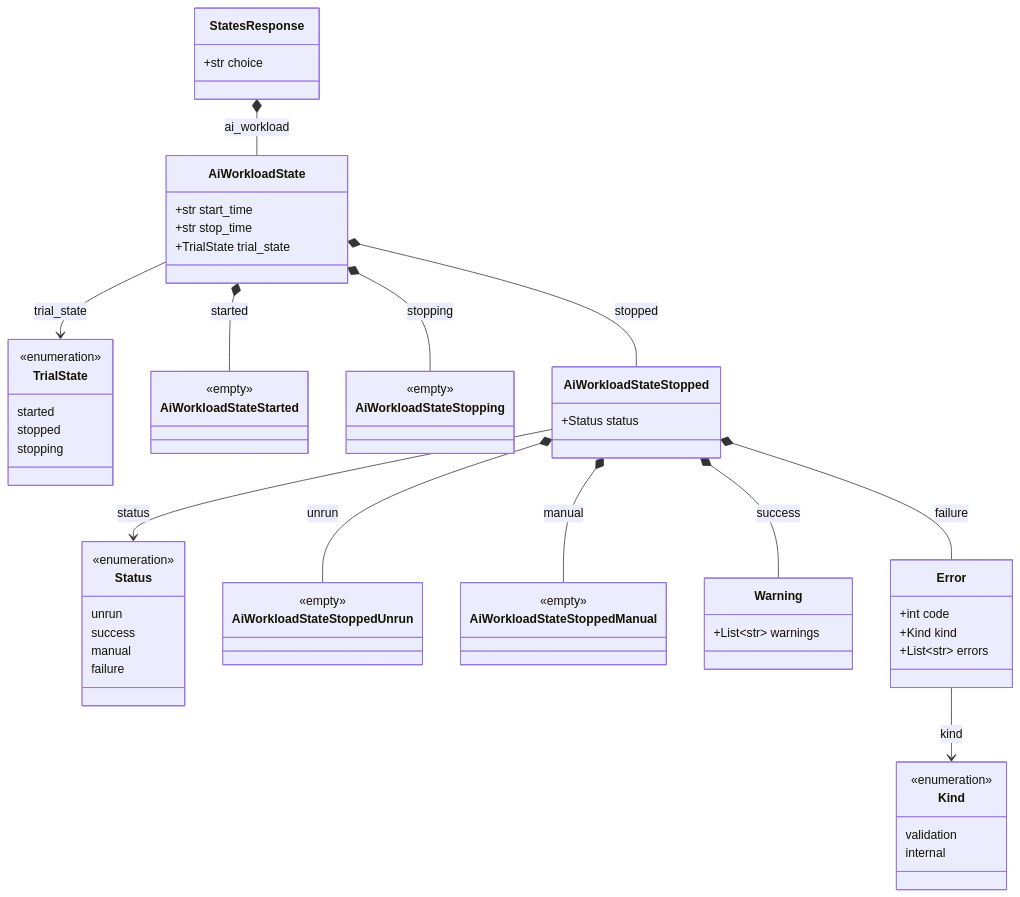
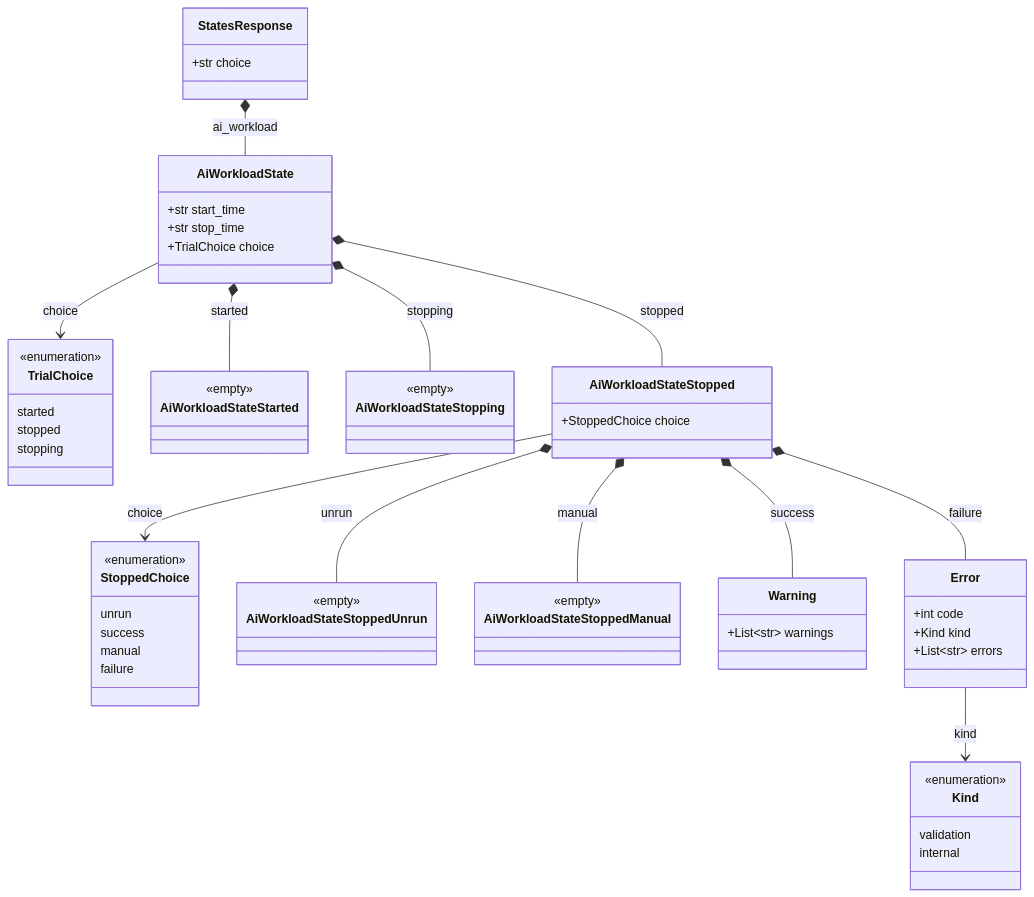
The diagram in samples/ai_workload_get_states.md (open-traffic-generator/aidcb-models), drawn with Mermaid before and after one commit. The commit also changed other lines of this file and 1 other file, not shown here.

Commit message:
rename one-of enums to 'choice'

````diff
--- a/samples/ai_workload_get_states.md
+++ b/samples/ai_workload_get_states.md
@@ -11,64 +16,64 @@
 ```mermaid
 classDiagram
     class StatesResponse {
         +str choice
     }
     class AiWorkloadState {
         +str start_time
         +str stop_time
-        +TrialState trial_state
+        +TrialChoice choice
     }
-    class TrialState {
+    class TrialChoice {
         <<enumeration>>
         started
         stopped
         stopping
     }
     class AiWorkloadStateStarted {
         <<empty>>
     }
     class AiWorkloadStateStopping {
         <<empty>>
     }
     class AiWorkloadStateStopped {
-        +Status status
+        +StoppedChoice choice
     }
-    class Status {
+    class StoppedChoice {
         <<enumeration>>
         unrun
         success
         manual
         failure
     }
     class AiWorkloadStateStoppedUnrun {
         <<empty>>
     }
     class AiWorkloadStateStoppedManual {
         <<empty>>
     }
     class Warning {
         +List~str~ warnings
     }
     class Error {
         +int code
         +Kind kind
         +List~str~ errors
     }
     class Kind {
         <<enumeration>>
         validation
         internal
     }
 
     StatesResponse *-- AiWorkloadState : ai_workload
-    AiWorkloadState --> TrialState : trial_state
+    AiWorkloadState --> TrialChoice : choice
     AiWorkloadState *-- AiWorkloadStateStarted : started
     AiWorkloadState *-- AiWorkloadStateStopping : stopping
     AiWorkloadState *-- AiWorkloadStateStopped : stopped
-    AiWorkloadStateStopped --> Status : status
+    AiWorkloadStateStopped --> StoppedChoice : choice
     AiWorkloadStateStopped *-- AiWorkloadStateStoppedUnrun : unrun
     AiWorkloadStateStopped *-- Warning : success
     AiWorkloadStateStopped *-- AiWorkloadStateStoppedManual : manual
     AiWorkloadStateStopped *-- Error : failure
     Error --> Kind : kind
 ```
````
